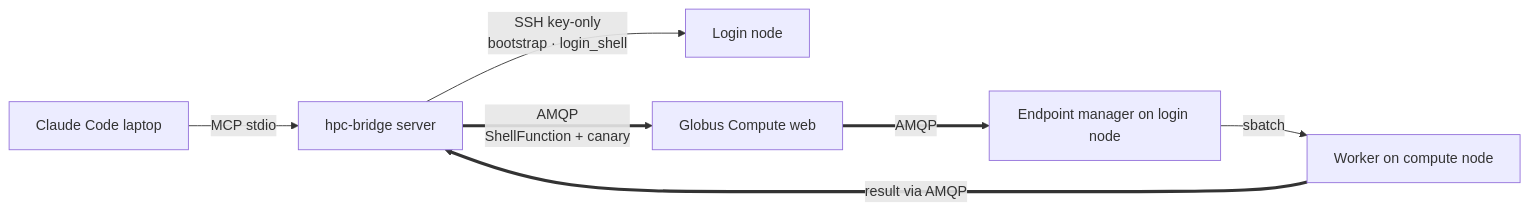
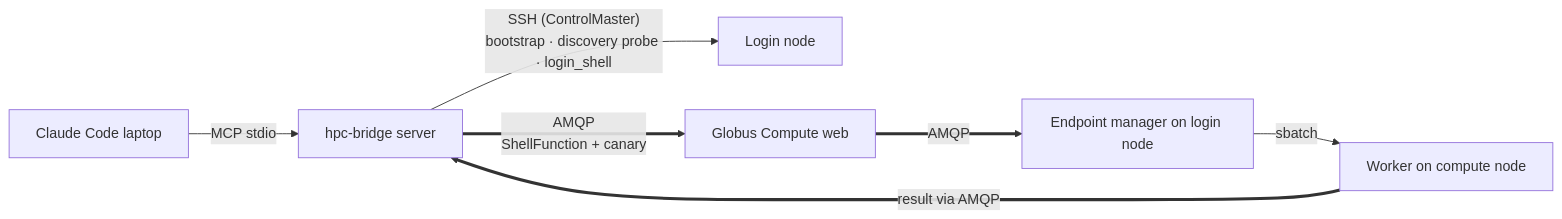
The diagram in docs/hpc-bridge-vault/Concepts/Two-channel architecture.md (ryanchard/hpc-bridge), drawn with Mermaid before and after one commit. The commit also changed other lines of this file and 20 other files, not shown here.

First line of the commit message:
docs(vault): reconcile notes with the merged discovery / SSH / naming work

````diff
--- a/docs/hpc-bridge-vault/Concepts/Two-channel architecture.md
+++ b/docs/hpc-bridge-vault/Concepts/Two-channel architecture.md
@@ -13,9 +13,9 @@
 ```mermaid
 flowchart LR
   A[Claude Code laptop] -- MCP stdio --> B[hpc-bridge server]
-  B -- "SSH key-only<br/>bootstrap · login_shell" --> C[Login node]
+  B -- "SSH (ControlMaster)<br/>bootstrap · discovery probe · login_shell" --> C[Login node]
   B == "AMQP<br/>ShellFunction + canary" ==> D[Globus Compute web]
   D == AMQP ==> E[Endpoint manager on login node]
   E -- sbatch --> F[Worker on compute node]
   F == "result via AMQP" ==> B
 ```
````
